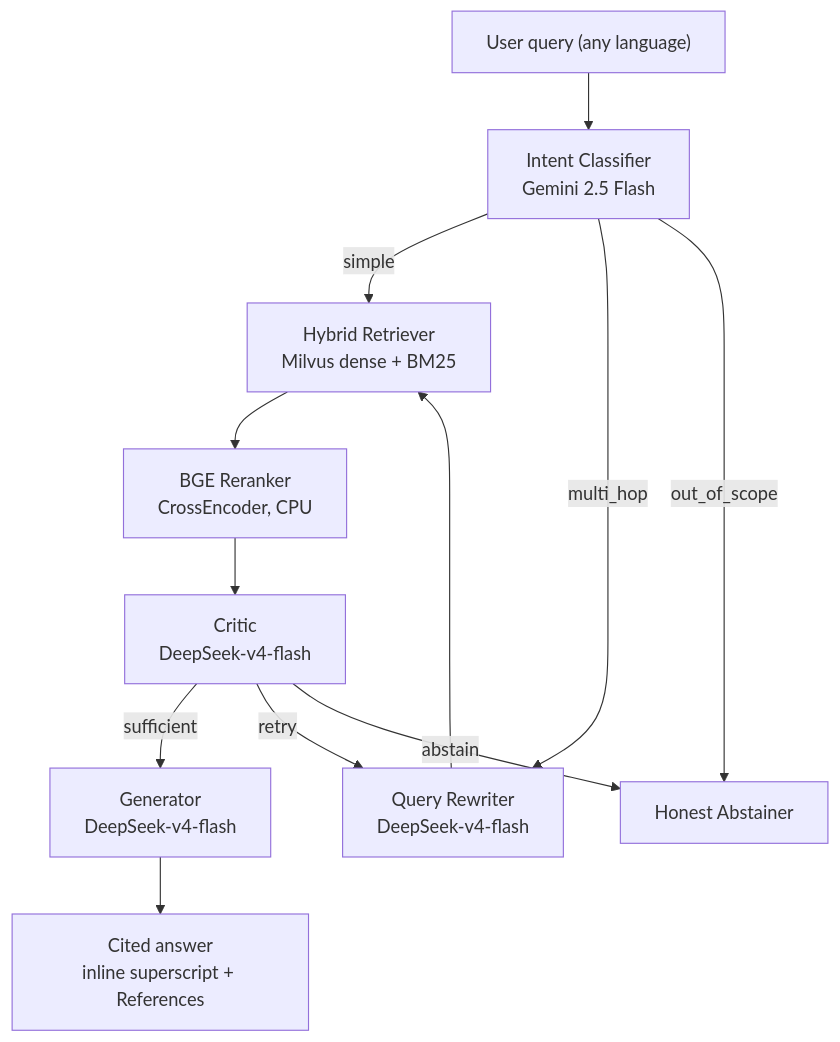
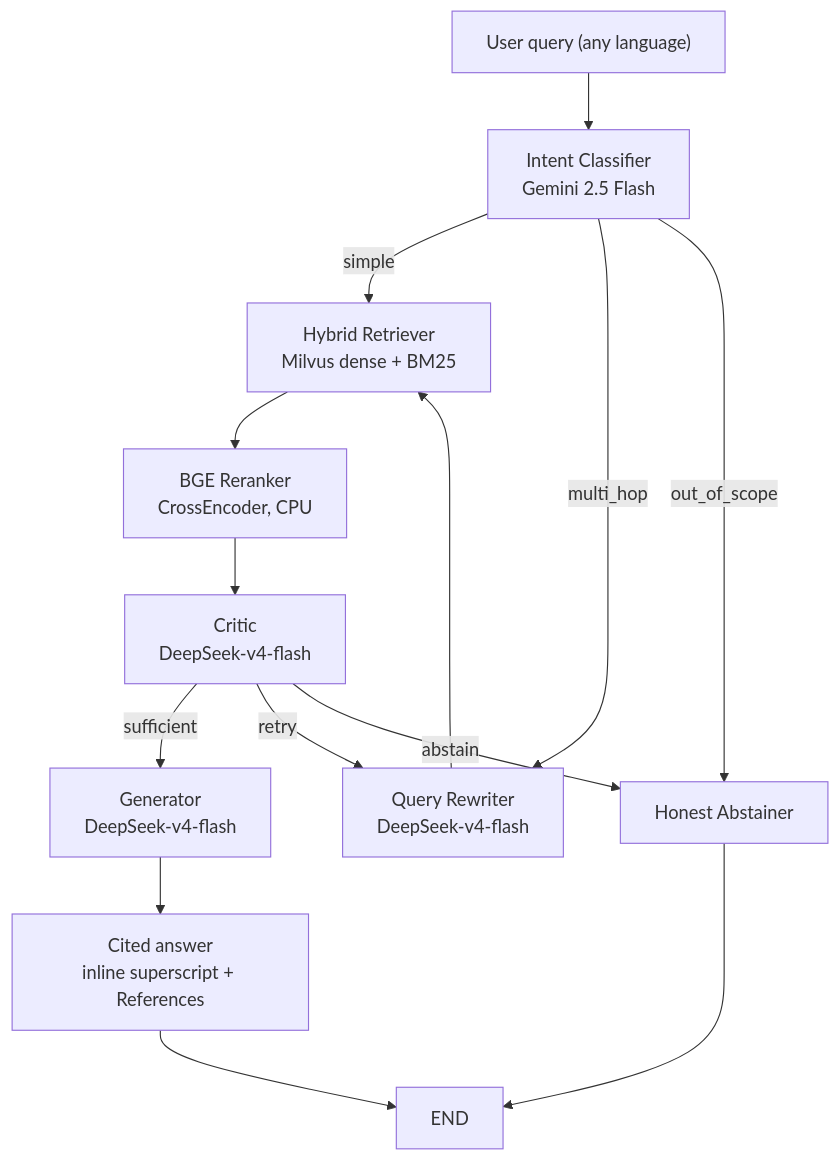
The diagram in README.md (inboxhsr/Meridian), drawn with Mermaid before and after one commit. The commit also changed other lines of this file, not shown here.

First line of the commit message:
Update README with full architecture, resume block, and TOC

````diff
--- a/README.md
+++ b/README.md
@@ -9,14 +35,16 @@
 ```mermaid
 flowchart TD
     U["User query (any language)"] --> IC["Intent Classifier\nGemini 2.5 Flash"]
-    IC -->|simple| R["Hybrid Retriever\nMilvus dense + BM25"]
+    IC -->|simple| HR["Hybrid Retriever\nMilvus dense + BM25"]
     IC -->|multi_hop| QR["Query Rewriter\nDeepSeek-v4-flash"]
     IC -->|out_of_scope| ABS["Honest Abstainer"]
-    QR --> R
-    R --> RR["BGE Reranker\nCrossEncoder, CPU"]
+    QR --> HR
+    HR --> RR["BGE Reranker\nCrossEncoder, CPU"]
     RR --> G["Critic\nDeepSeek-v4-flash"]
     G -->|sufficient| GEN["Generator\nDeepSeek-v4-flash"]
     G -->|retry| QR
     G -->|abstain| ABS
     GEN --> CITE["Cited answer\ninline superscript + References"]
+    ABS --> END
+    CITE --> END
 ```
````
